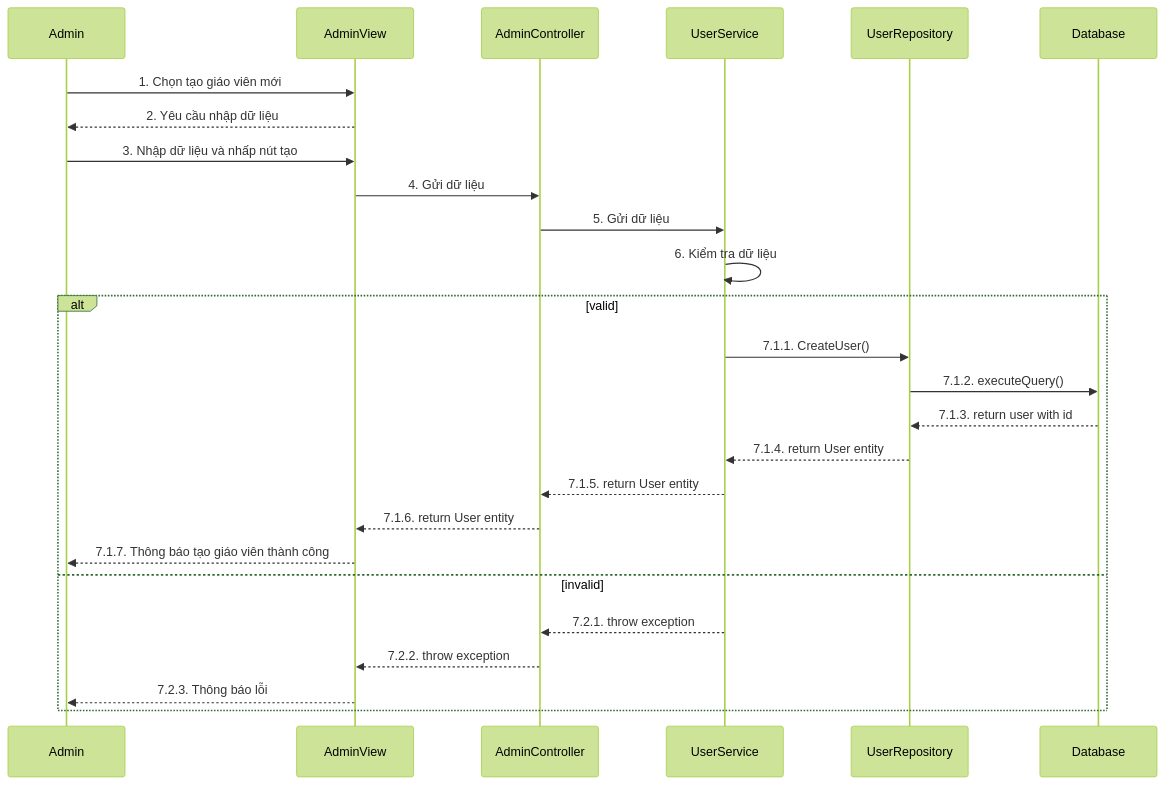
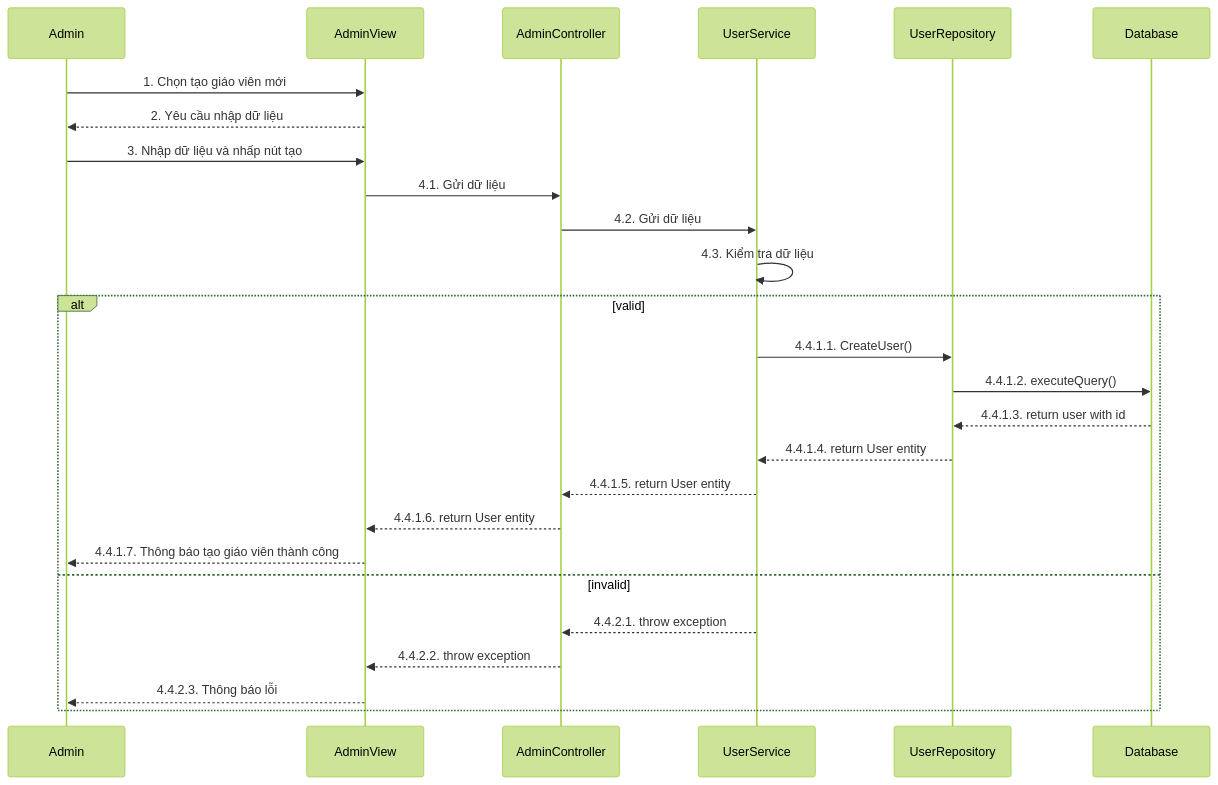
The diagram in sequence/admin/Sequence-2-1.TaoGiaoVien.mmd (LienNTB/sequence-CNPM), drawn with Mermaid (forest theme) before and after one commit. The commit also changed 7 other files, not shown here.

```diff
--- a/sequence/admin/Sequence-2-1.TaoGiaoVien.mmd
+++ b/sequence/admin/Sequence-2-1.TaoGiaoVien.mmd
@@ -1,31 +1,31 @@
 
 sequenceDiagram
     participant Admin
     participant AdminView
     participant AdminController
     participant UserService
     participant UserRepository
     participant Database
 
     Admin->>AdminView: 1. Chọn tạo giáo viên mới
     AdminView-->>Admin: 2. Yêu cầu nhập dữ liệu
     Admin->>AdminView: 3. Nhập dữ liệu và nhấp nút tạo
     
-    AdminView->>AdminController: 4. Gửi dữ liệu
-    AdminController->>UserService: 5. Gửi dữ liệu
-    UserService->>UserService: 6. Kiểm tra dữ liệu
+    AdminView->>AdminController: 4.1. Gửi dữ liệu
+    AdminController->>UserService: 4.2. Gửi dữ liệu
+    UserService->>UserService: 4.3. Kiểm tra dữ liệu
 
     alt valid
-        UserService->>UserRepository: 7.1.1. CreateUser()
-        UserRepository->>Database: 7.1.2. executeQuery()
+        UserService->>UserRepository: 4.4.1.1. CreateUser()
+        UserRepository->>Database: 4.4.1.2. executeQuery()
         
-        Database-->>UserRepository: 7.1.3. return user with id
-        UserRepository-->>UserService: 7.1.4. return User entity
-        UserService-->>AdminController: 7.1.5. return User entity
-        AdminController-->>AdminView: 7.1.6. return User entity
-        AdminView-->>Admin: 7.1.7. Thông báo tạo giáo viên thành công
+        Database-->>UserRepository: 4.4.1.3. return user with id
+        UserRepository-->>UserService: 4.4.1.4. return User entity
+        UserService-->>AdminController: 4.4.1.5. return User entity
+        AdminController-->>AdminView: 4.4.1.6. return User entity
+        AdminView-->>Admin: 4.4.1.7. Thông báo tạo giáo viên thành công
     else invalid
-        UserService-->>AdminController: 7.2.1. throw exception
-        AdminController-->>AdminView: 7.2.2. throw exception
-        AdminView-->>Admin: 7.2.3. Thông báo lỗi
+        UserService-->>AdminController: 4.4.2.1. throw exception
+        AdminController-->>AdminView: 4.4.2.2. throw exception
+        AdminView-->>Admin: 4.4.2.3. Thông báo lỗi
     end
```
